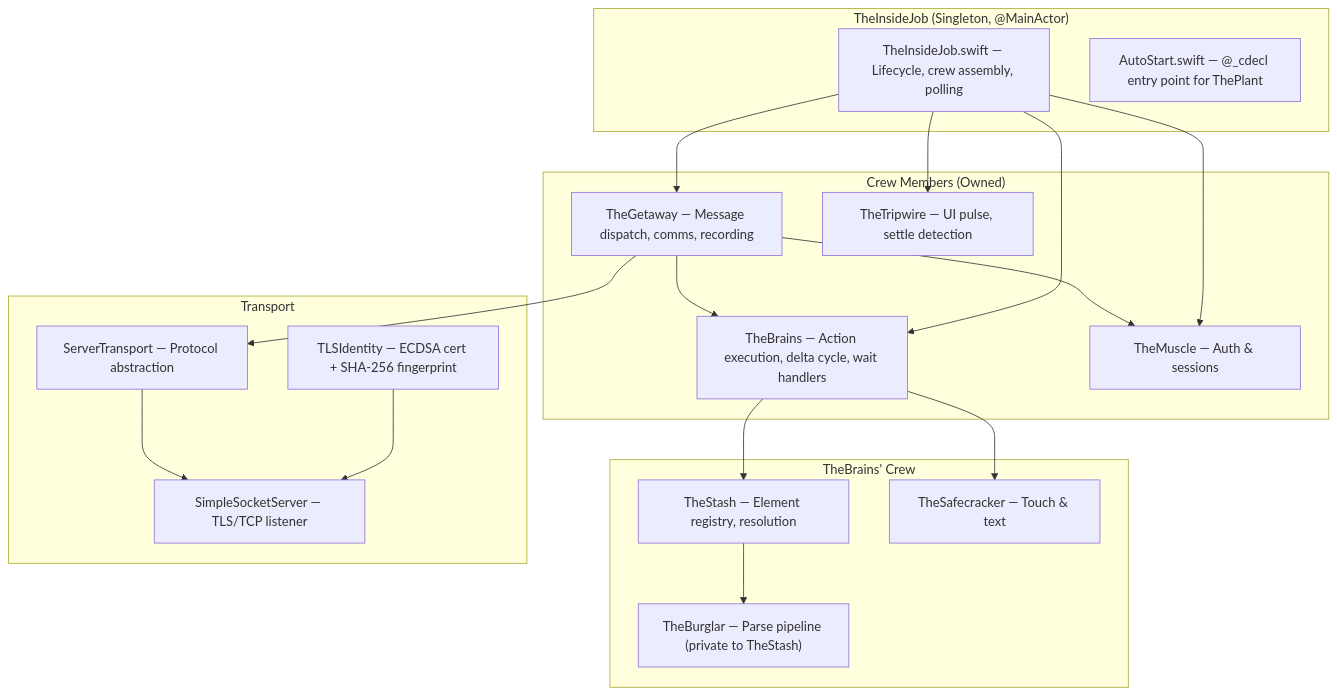
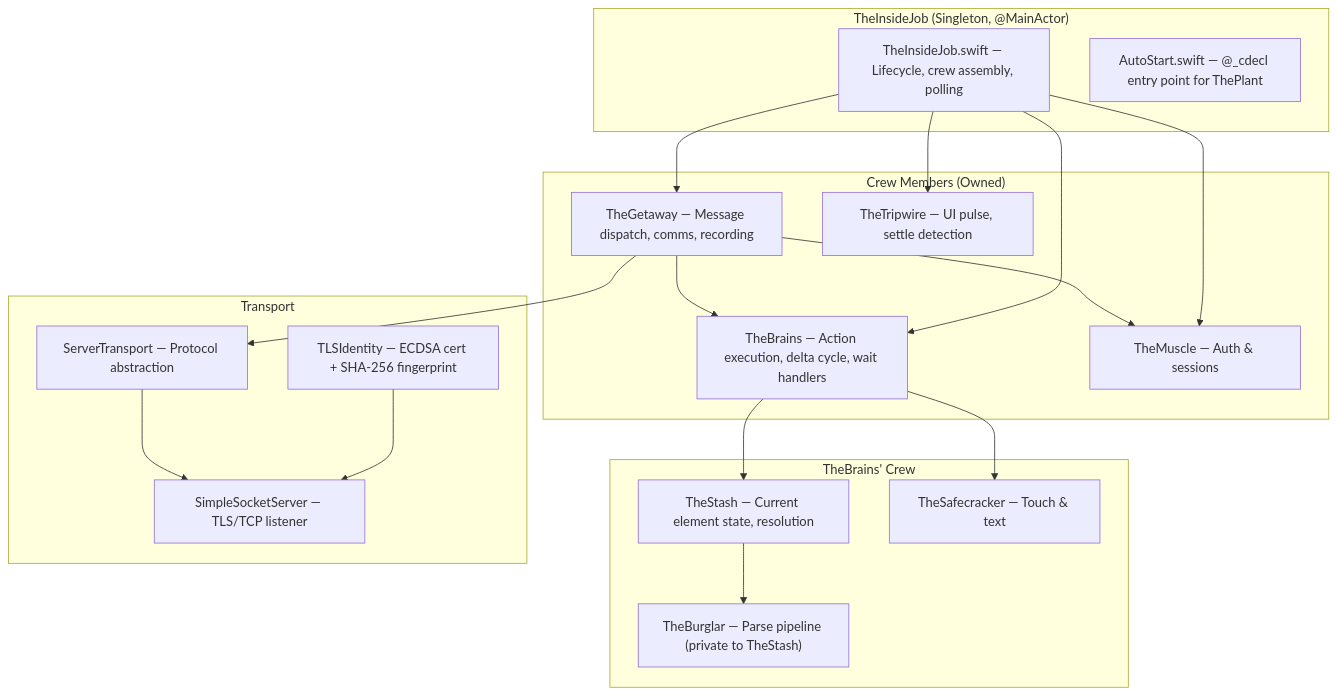
Before and after one commit to RoyalPineapple/TheButtonHeist: the first of 6 diagrams in docs/dossiers/06-THEINSIDEJOB.md, drawn with Mermaid. The commit also changed 25 other files, not shown here.

````diff
--- a/docs/dossiers/06-THEINSIDEJOB.md
+++ b/docs/dossiers/06-THEINSIDEJOB.md
@@ -22,39 +22,39 @@
 ```mermaid
 graph TD
     subgraph TheInsideJob["TheInsideJob (Singleton, @MainActor)"]
         Core["TheInsideJob.swift — Lifecycle, crew assembly, polling"]
         Auto["AutoStart.swift — @_cdecl entry point for ThePlant"]
     end
 
     subgraph Crew["Crew Members (Owned)"]
         Getaway["TheGetaway — Message dispatch, comms, recording"]
         Tripwire["TheTripwire — UI pulse, settle detection"]
         Brains["TheBrains — Action execution, delta cycle, wait handlers"]
         Muscle["TheMuscle — Auth & sessions"]
     end
 
     subgraph BrainsCrew["TheBrains' Crew"]
-        Stash["TheStash — Element registry, resolution"]
+        Stash["TheStash — Current element state, resolution"]
         Burglar["TheBurglar — Parse pipeline (private to TheStash)"]
         Safecracker["TheSafecracker — Touch & text"]
     end
 
     subgraph Transport["Transport"]
         Server["SimpleSocketServer — TLS/TCP listener"]
         STransport["ServerTransport — Protocol abstraction"]
         TLS["TLSIdentity — ECDSA cert + SHA-256 fingerprint"]
     end
 
     TLS --> Server
     STransport --> Server
     Core --> Getaway
     Core --> Muscle
     Core --> Tripwire
     Core --> Brains
     Getaway --> Muscle
     Getaway --> Brains
     Getaway --> STransport
     Brains --> Stash
     Brains --> Safecracker
     Stash --> Burglar
 ```
````
